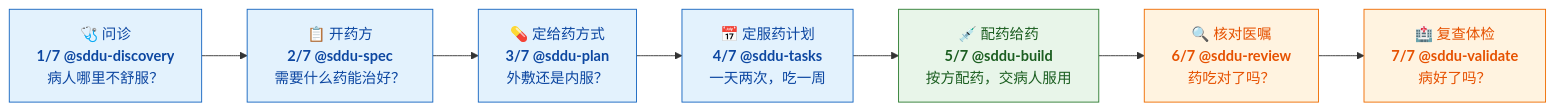
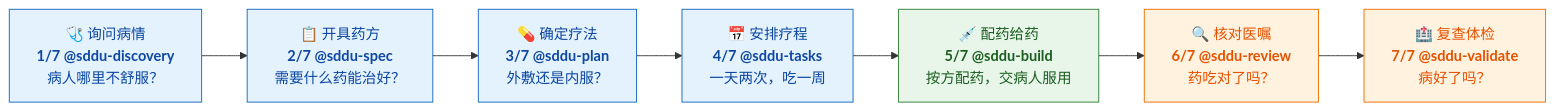
The first of 2 diagrams in README.md (THZSummer/sddu), drawn with Mermaid before and after one commit.

Commit message:
docs: 「看一次病」图节点主行统一为四字动宾结构
询问病情 / 开具药方 / 确定疗法 / 安排疗程 / 配药给药 / 核对医嘱 / 复查体检
- 全部动词(2)+名词(2)，视觉整齐
- plan 用「确定疗法」避开与 build「配药给药」的重复
- 副行口语化问题句保留（传播价值）

````diff
--- a/README.md
+++ b/README.md
@@ -32,16 +32,16 @@
 ```mermaid
 flowchart LR
-    A["🩺 问诊<br/><b>1/7 @sddu-discovery</b><br/>病人哪里不舒服？"] --> B["📋 开药方<br/><b>2/7 @sddu-spec</b><br/>需要什么药能治好？"]
-    B --> C["💊 定给药方式<br/><b>3/7 @sddu-plan</b><br/>外敷还是内服？"]
-    C --> D["📅 定服药计划<br/><b>4/7 @sddu-tasks</b><br/>一天两次，吃一周"]
+    A["🩺 询问病情<br/><b>1/7 @sddu-discovery</b><br/>病人哪里不舒服？"] --> B["📋 开具药方<br/><b>2/7 @sddu-spec</b><br/>需要什么药能治好？"]
+    B --> C["💊 确定疗法<br/><b>3/7 @sddu-plan</b><br/>外敷还是内服？"]
+    C --> D["📅 安排疗程<br/><b>4/7 @sddu-tasks</b><br/>一天两次，吃一周"]
     D --> E["💉 配药给药<br/><b>5/7 @sddu-build</b><br/>按方配药，交病人服用"]
     E --> F["🔍 核对医嘱<br/><b>6/7 @sddu-review</b><br/>药吃对了吗？"]
     F --> G["🏥 复查体检<br/><b>7/7 @sddu-validate</b><br/>病好了吗？"]
 
     classDef plan fill:#e3f2fd,stroke:#1565c0,color:#0d47a1
     classDef build fill:#e8f5e9,stroke:#2e7d32,color:#1b5e20
     classDef check fill:#fff3e0,stroke:#ef6c00,color:#e65100
     class A,B,C,D plan
     class E build
     class F,G check
 ```
````
